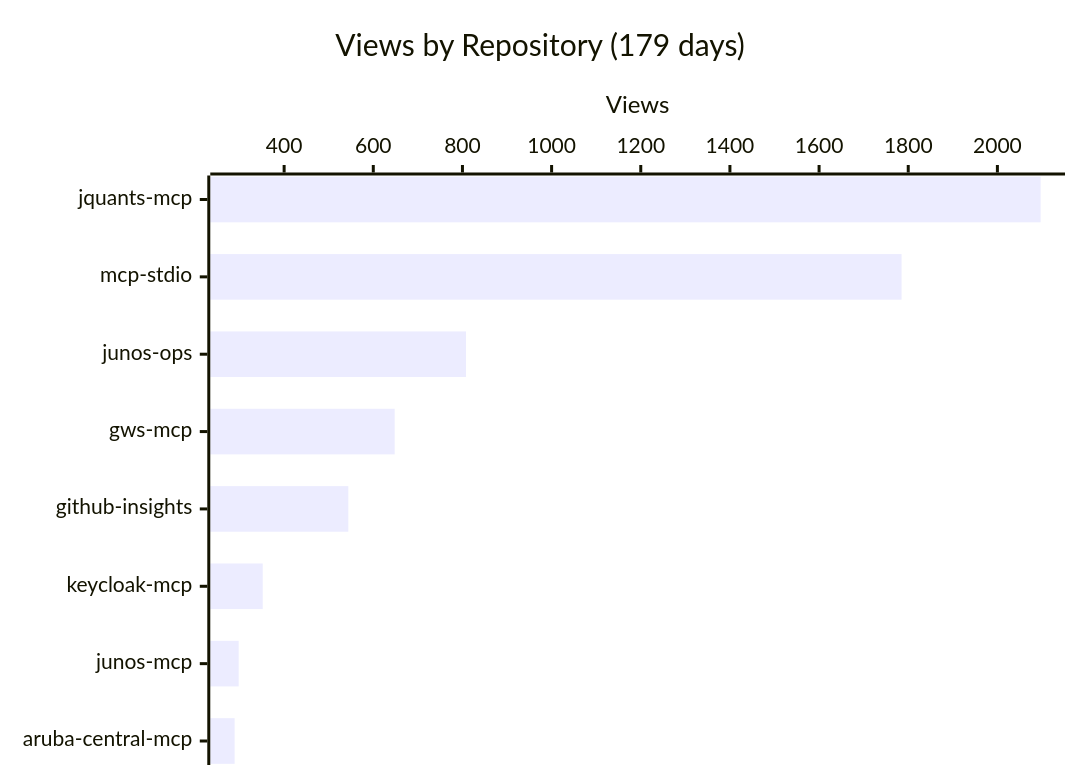
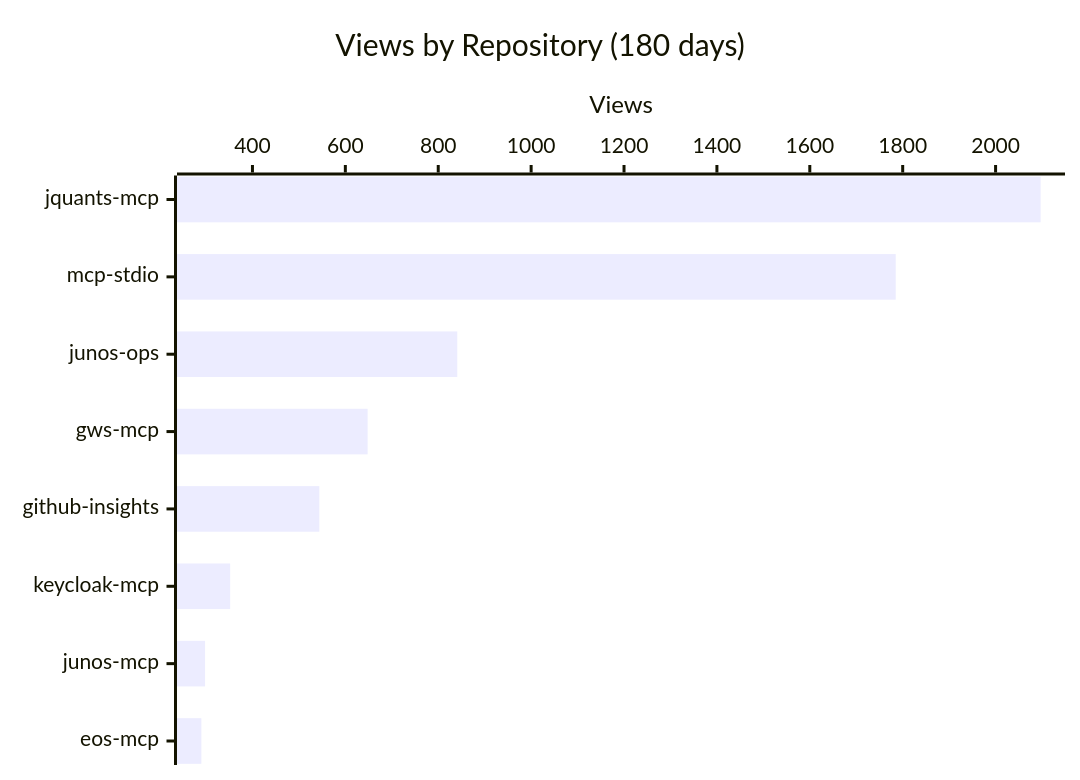
One commit to shigechika/github-insights changed the first of 4 diagrams in README.md. Above: the diagram before and after it, drawn with Mermaid. The commit also changed other lines of this file and 2 other files, not shown here.

````diff
--- a/README.md
+++ b/README.md
@@ -18,7 +18,7 @@
 ```mermaid
 xychart-beta horizontal
-    title "Views by Repository (179 days)"
-    x-axis ["jquants-mcp", "mcp-stdio", "junos-ops", "gws-mcp", "github-insights", "keycloak-mcp", "junos-mcp", "aruba-central-mcp"]
+    title "Views by Repository (180 days)"
+    x-axis ["jquants-mcp", "mcp-stdio", "junos-ops", "gws-mcp", "github-insights", "keycloak-mcp", "junos-mcp", "eos-mcp"]
     y-axis "Views"
-    bar [2097, 1785, 808, 648, 544, 352, 298, 289]
+    bar [2097, 1785, 841, 648, 544, 352, 298, 290]
 ```
````
